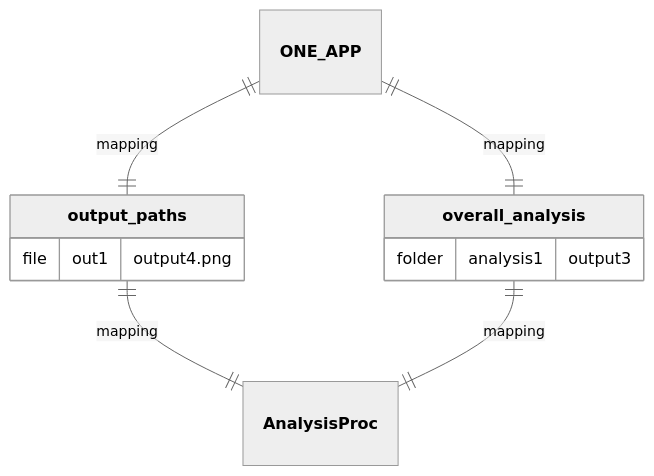
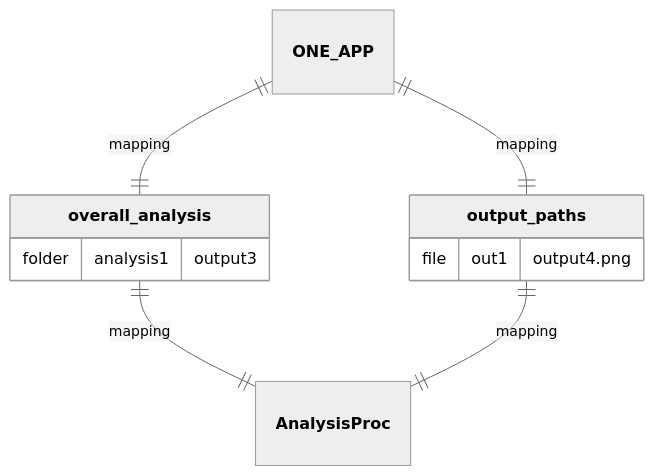
The fourth of 5 diagrams in src/apps/ONE_APP/README.md (nuremics/nuremics-labs), drawn with Mermaid (neutral theme) before and after one commit. The commit also changed other lines of this file, not shown here.

Commit message:
update ONE_APP README

````diff
--- a/src/apps/ONE_APP/README.md
+++ b/src/apps/ONE_APP/README.md
@@ -78,14 +84,14 @@
 ```mermaid
 erDiagram
+  **ONE_APP** ||--|| **overall_analysis** : mapping
   **ONE_APP** ||--|| **output_paths** : mapping
-  **ONE_APP** ||--|| **overall_analysis** : mapping
+  **overall_analysis** ||--|| **AnalysisProc** : mapping
   **output_paths** ||--|| **AnalysisProc** : mapping
-  **overall_analysis** ||--|| **AnalysisProc** : mapping
 
   **output_paths** {
     file out1 "output4.png"
   }
   **overall_analysis** {
     folder analysis1 "output3"
   }
 ```
````
